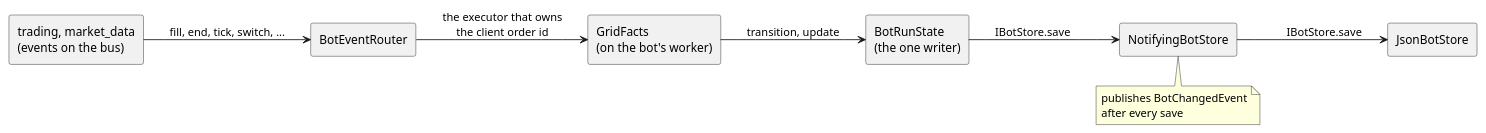
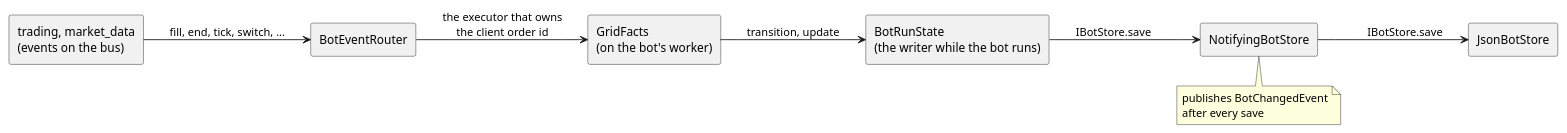
Before and after one commit to anhembedded/Sagittarius_Elite_Warrior: the diagram in Docs/MODULES/bots/diagrams/05-event-path.puml, drawn with PlantUML. The commit also changed 16 other files, not shown here.

```diff
--- a/Docs/MODULES/bots/diagrams/05-event-path.puml
+++ b/Docs/MODULES/bots/diagrams/05-event-path.puml
@@ -3,16 +3,16 @@
 @startuml 05-event-path
 skinparam componentStyle rectangle
 left to right direction
 [trading, market_data\n(events on the bus)] as EV
 [BotEventRouter] as RT
 [GridFacts\n(on the bot's worker)] as F
-[BotRunState\n(the one writer)] as S
+[BotRunState\n(the writer while the bot runs)] as S
 [NotifyingBotStore] as N
 [JsonBotStore] as J
 EV --> RT : fill, end, tick, switch, ...
 RT --> F : the executor that owns\nthe client order id
 F --> S : transition, update
 S --> N : IBotStore.save
 N --> J : IBotStore.save
 note bottom of N : publishes BotChangedEvent\nafter every save
 @enduml
```
